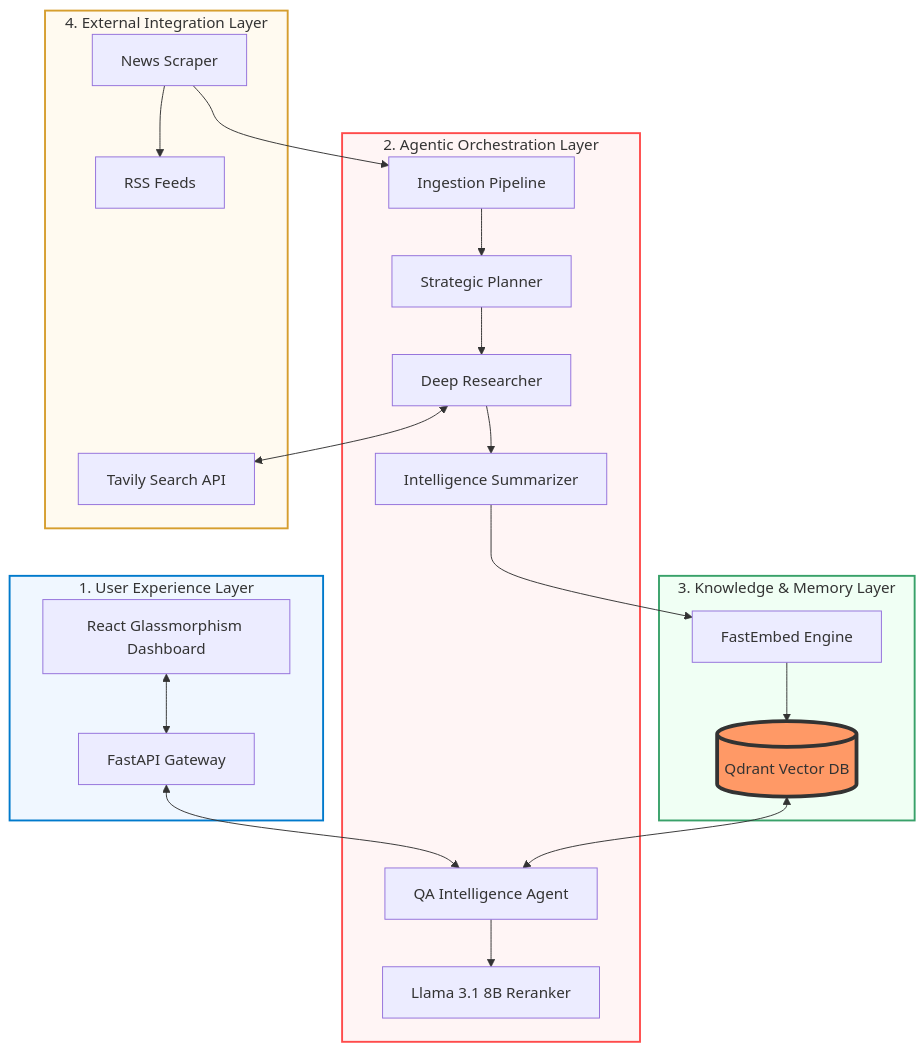
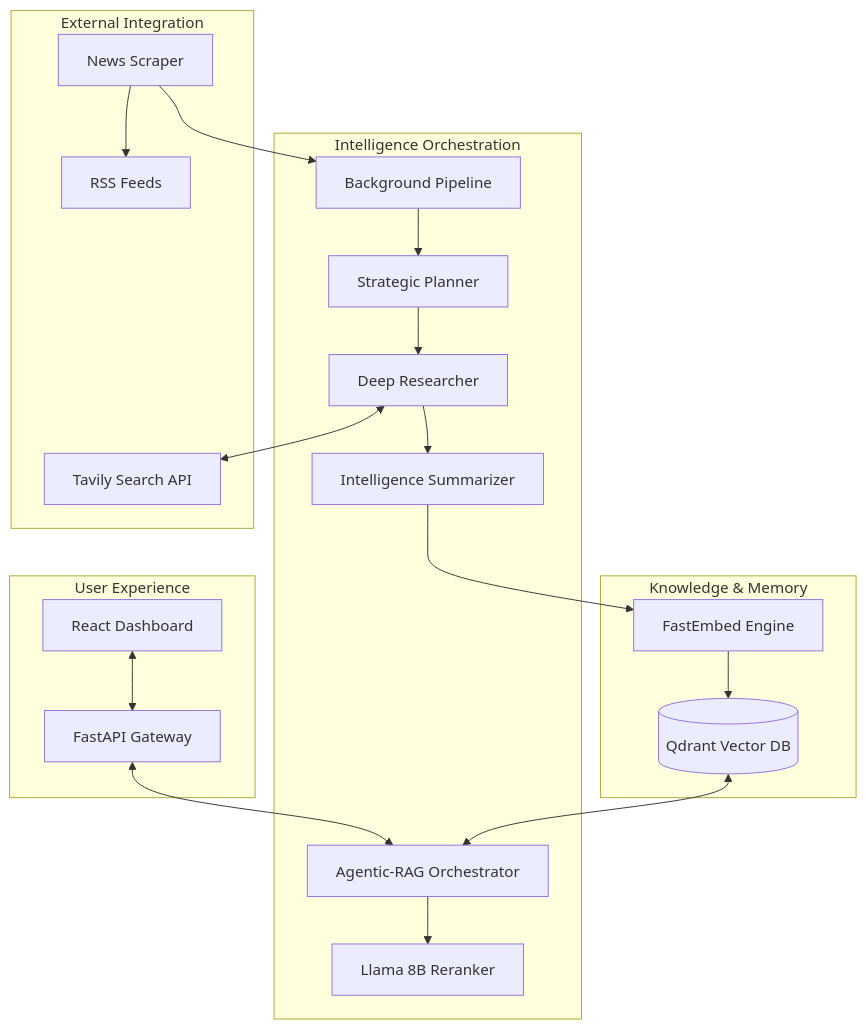
One commit to flxhrdyn/Sekilas.ai changed the first of 2 diagrams in README.md. Above: the diagram before and after it, drawn with Mermaid. The commit also changed other lines of this file, not shown here.

Commit message:
docs: add detailed RAG sequence diagram and process flow

````diff
--- a/README.md
+++ b/README.md
@@ -60,34 +60,27 @@
 ```mermaid
 graph TB
-    subgraph UI_Layer [1. User Experience Layer]
-        UI[React Glassmorphism Dashboard] <--> API[FastAPI Gateway]
+    subgraph UI_Layer [User Experience]
+        UI[React Dashboard] <--> API[FastAPI Gateway]
     end
 
-    subgraph Orchestration_Layer [2. Agentic Orchestration Layer]
-        API <--> QA_Agent[QA Intelligence Agent]
-        QA_Agent --> Reranker[Llama 3.1 8B Reranker]
+    subgraph Agent_Orchestration [Intelligence Orchestration]
+        API <--> QA_Agent[Agentic-RAG Orchestrator]
+        QA_Agent --> Rerank[Llama 8B Reranker]
         
-        Pipeline[Ingestion Pipeline] --> Planner[Strategic Planner]
-        Planner --> Researcher[Deep Researcher]
-        Researcher --> Summarizer[Intelligence Summarizer]
+        Pipeline[Background Pipeline] --> Planner[Strategic Planner]
+        Planner --> Research[Deep Researcher]
+        Research --> Summarize[Intelligence Summarizer]
     end
 
-    subgraph Knowledge_Layer [3. Knowledge & Memory Layer]
-        Summarizer --> Embedder[FastEmbed Engine]
-        Embedder --> QDR[(Qdrant Vector DB)]
+    subgraph Knowledge_Memory [Knowledge & Memory]
+        Summarize --> Embed[FastEmbed Engine]
+        Embed --> QDR[(Qdrant Vector DB)]
         QDR <--> QA_Agent
     end
 
-    subgraph External_Layer [4. External Integration Layer]
-        Researcher <--> Tavily[Tavily Search API]
+    subgraph External_Integrations [External Integration]
+        Research <--> Tavily[Tavily Search API]
         Scraper[News Scraper] --> RSS[RSS Feeds]
         Scraper --> Pipeline
     end
-
-    %% Styling
-    style UI_Layer fill:#f0f7ff,stroke:#007acc,stroke-width:2px
-    style Orchestration_Layer fill:#fff5f5,stroke:#ff4b4b,stroke-width:2px
-    style Knowledge_Layer fill:#f0fff4,stroke:#38a169,stroke-width:2px
-    style External_Layer fill:#fffaf0,stroke:#d69e2e,stroke-width:2px
-    style QDR fill:#f96,stroke:#333,stroke-width:4px
 ```
````
